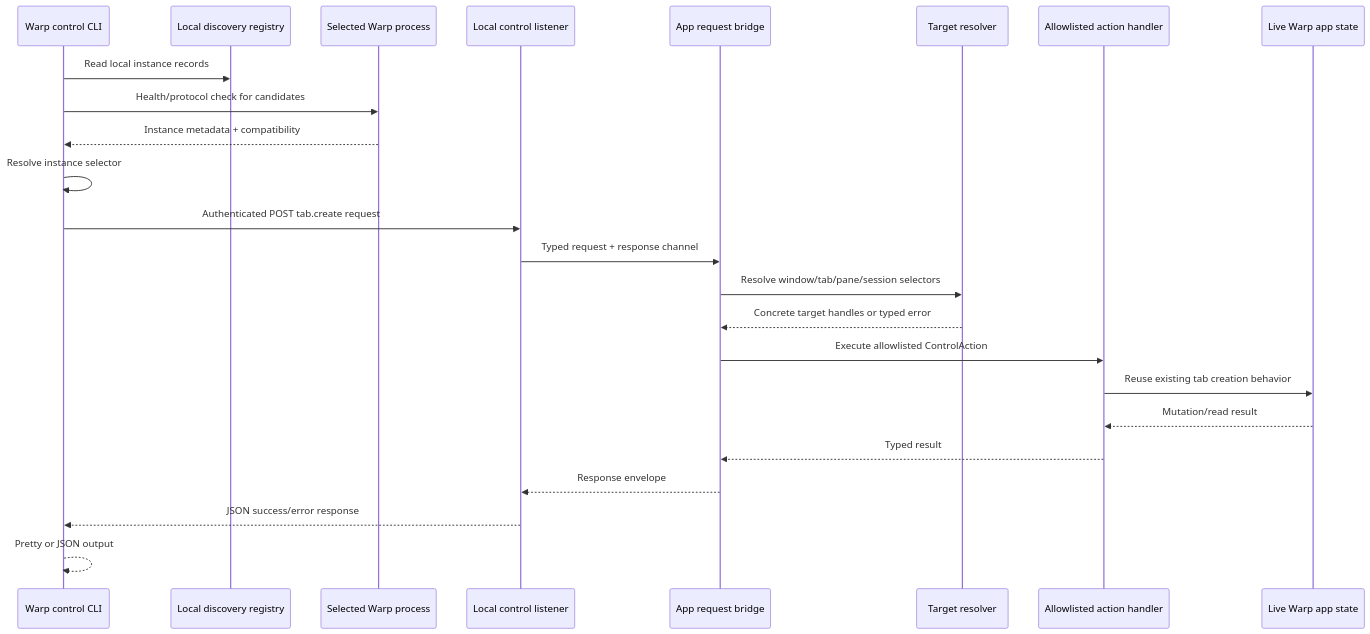
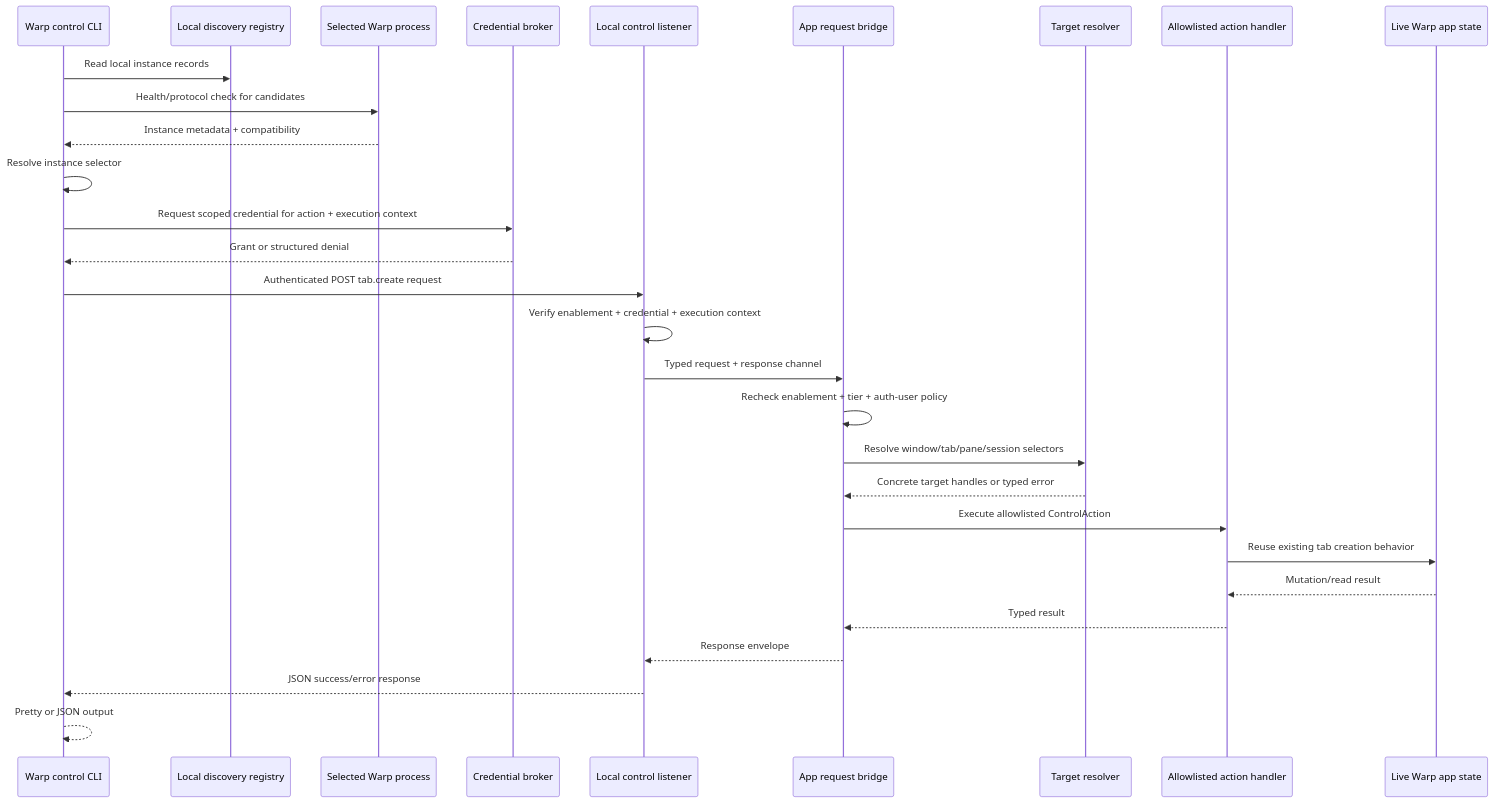
The first of 2 diagrams in specs/warp-control-cli/TECH.md (warpdotdev/warp), drawn with Mermaid before and after one commit. The commit also changed other lines of this file and 2 other files, not shown here.

````diff
--- a/specs/warp-control-cli/TECH.md
+++ b/specs/warp-control-cli/TECH.md
@@ -230,27 +273,32 @@
 ```mermaid
 sequenceDiagram
     participant CLI as Warp control CLI
     participant REG as Local discovery registry
     participant PROC as Selected Warp process
+    participant BROKER as Credential broker
     participant HTTP as Local control listener
     participant BRIDGE as App request bridge
     participant RES as Target resolver
     participant ACT as Allowlisted action handler
     participant UI as Live Warp app state
 
     CLI->>REG: Read local instance records
     CLI->>PROC: Health/protocol check for candidates
     PROC-->>CLI: Instance metadata + compatibility
     CLI->>CLI: Resolve instance selector
+    CLI->>BROKER: Request scoped credential for action + execution context
+    BROKER-->>CLI: Grant or structured denial
     CLI->>HTTP: Authenticated POST tab.create request
+    HTTP->>HTTP: Verify enablement + credential + execution context
     HTTP->>BRIDGE: Typed request + response channel
+    BRIDGE->>BRIDGE: Recheck enablement + tier + auth-user policy
     BRIDGE->>RES: Resolve window/tab/pane/session selectors
     RES-->>BRIDGE: Concrete target handles or typed error
     BRIDGE->>ACT: Execute allowlisted ControlAction
     ACT->>UI: Reuse existing tab creation behavior
     UI-->>ACT: Mutation/read result
     ACT-->>BRIDGE: Typed result
     BRIDGE-->>HTTP: Response envelope
     HTTP-->>CLI: JSON success/error response
     CLI-->>CLI: Pretty or JSON output
 ```
````
